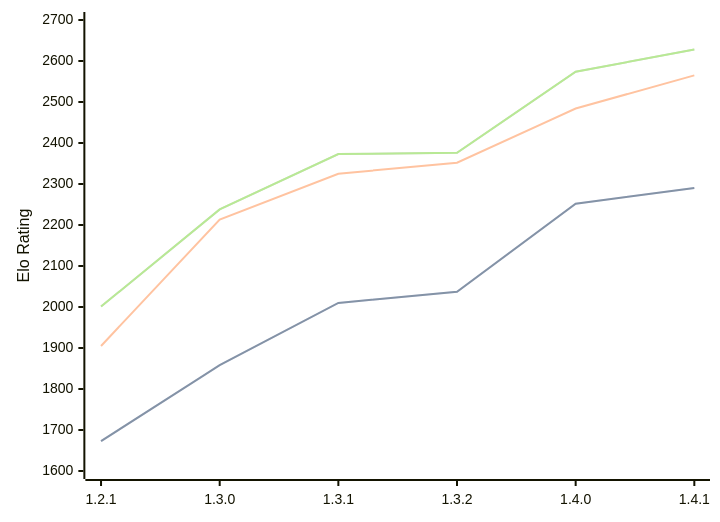
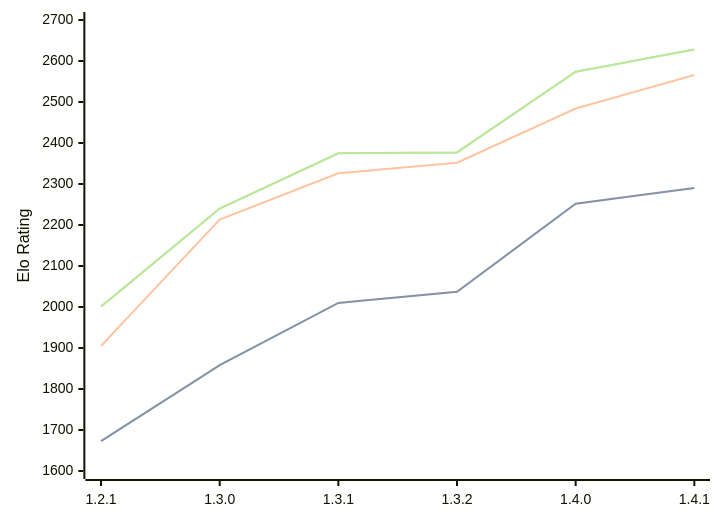
Before and after one commit to computer-chess-index/cci: the first of 3 diagrams in engines/Chal.md, drawn with Mermaid. The commit also changed other lines of this file, not shown here.

Commit message:
Update CCI Ratings (ELO VLTC) - 2026-07-02

````diff
--- a/engines/Chal.md
+++ b/engines/Chal.md
@@ -39,11 +39,11 @@
 ```mermaid
 %%{init: {"theme":"base","themeVariables":{"seriesColors:['#a3a3a3','#222221','#faa371']}}}%%
 xychart-beta
   x-axis ["1.2.1", "1.3.0", "1.3.1", "1.3.2", "1.4.0", "1.4.1"]
   y-axis "Elo Rating" 1600 --> 2700
   line "STC (8.0+0.08s)" [1673, 1858, 2010, 2037, 2252, 2290]
   line "STC (8.0+0.08s)" [1673, 1858, 2010, 2037, 2252, 2290]
-  line "LTC (60.0+0.60s)" [1905, 2213, 2325, 2352, 2484, 2565]
-  line "VLTC (2m24s+1.12s)" [2001, 2238, 2373, 2376, 2574, 2628]
-  line "VLTC (2m24s+1.12s)" [2001, 2238, 2373, 2376, 2574, 2628]
+  line "LTC (60.0+0.60s)" [1905, 2213, 2326, 2352, 2484, 2566]
+  line "VLTC (2m24s+1.12s)" [2001, 2240, 2375, 2377, 2574, 2628]
+  line "VLTC (2m24s+1.12s)" [2001, 2240, 2375, 2377, 2574, 2628]
 ```
````
